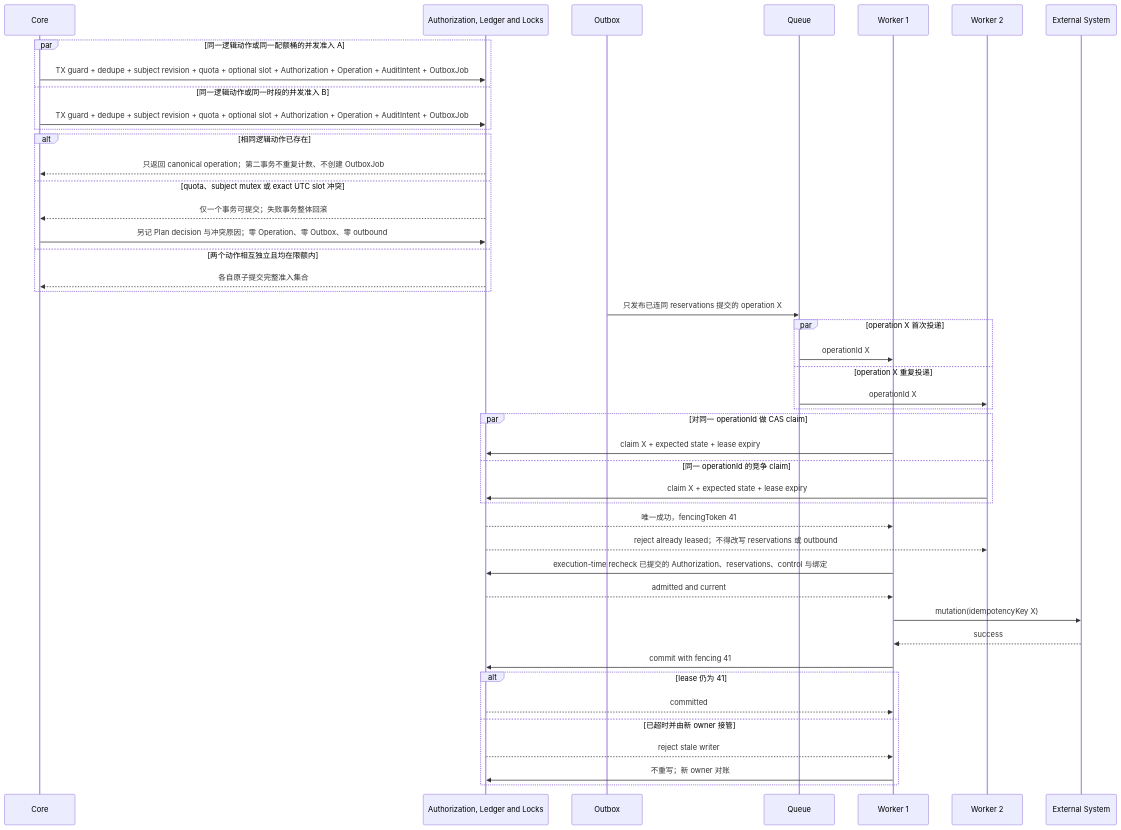
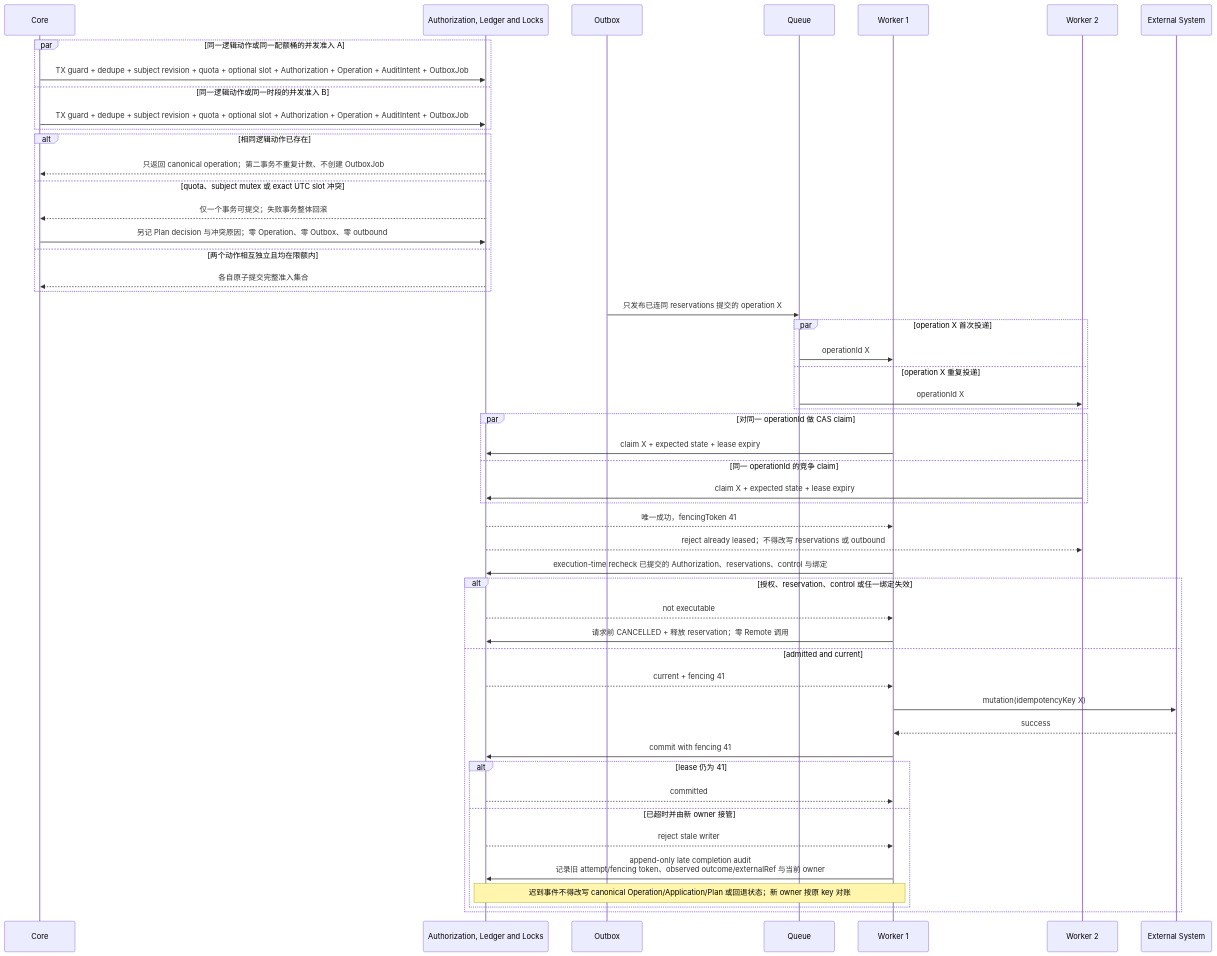
The eighth of 24 diagrams in docs/product/uml/05-sequence-flows.md (AnnCYW-cm/rolefox), drawn with Mermaid before and after one commit. The commit also changed other lines of this file and 22 other files, not shown here.

Commit message:
docs: accept v0.1 product and UML baseline

````diff
--- a/docs/product/uml/05-sequence-flows.md
+++ b/docs/product/uml/05-sequence-flows.md
@@ -395,54 +481,60 @@
 ```mermaid
 sequenceDiagram
     participant Core
     participant DB as Authorization, Ledger and Locks
     participant Outbox
     participant Queue
     participant W1 as Worker 1
     participant W2 as Worker 2
     participant Remote as External System
 
     %% @anchor DUPLICATE_AND_QUOTA_ATOMICITY
     %% @anchor ATOMIC_QUOTA_RESERVATION
     %% @anchor ATOMIC_SLOT_RESERVATION
     par 同一逻辑动作或同一配额桶的并发准入 A
         Core->>DB: TX guard + dedupe + subject revision + quota + optional slot + Authorization + Operation + AuditIntent + OutboxJob
     and 同一逻辑动作或同一时段的并发准入 B
         Core->>DB: TX guard + dedupe + subject revision + quota + optional slot + Authorization + Operation + AuditIntent + OutboxJob
     end
     alt 相同逻辑动作已存在
         DB-->>Core: 只返回 canonical operation；第二事务不重复计数、不创建 OutboxJob
     else quota、subject mutex 或 exact UTC slot 冲突
         DB-->>Core: 仅一个事务可提交；失败事务整体回滚
         Core->>DB: 另记 Plan decision 与冲突原因；零 Operation、零 Outbox、零 outbound
     else 两个动作相互独立且均在限额内
         DB-->>Core: 各自原子提交完整准入集合
     end
     Outbox->>Queue: 只发布已连同 reservations 提交的 operation X
 
     par operation X 首次投递
         Queue->>W1: operationId X
     and operation X 重复投递
         Queue->>W2: operationId X
     end
     %% @anchor DUPLICATE_LEASE_COLLAPSE
     par 对同一 operationId 做 CAS claim
         W1->>DB: claim X + expected state + lease expiry
     and 同一 operationId 的竞争 claim
         W2->>DB: claim X + expected state + lease expiry
     end
     DB-->>W1: 唯一成功，fencingToken 41
     DB-->>W2: reject already leased；不得改写 reservations 或 outbound
     W1->>DB: execution-time recheck 已提交的 Authorization、reservations、control 与绑定
-    DB-->>W1: admitted and current
-    W1->>Remote: mutation(idempotencyKey X)
-    Remote-->>W1: success
-    %% @anchor FENCING_REJECTS_STALE
-    W1->>DB: commit with fencing 41
-    alt lease 仍为 41
-        DB-->>W1: committed
-    else 已超时并由新 owner 接管
-        DB-->>W1: reject stale writer
-        W1->>DB: 不重写；新 owner 对账
+    alt 授权、reservation、control 或任一绑定失效
+        DB-->>W1: not executable
+        W1->>DB: 请求前 CANCELLED + 释放 reservation；零 Remote 调用
+    else admitted and current
+        DB-->>W1: current + fencing 41
+        W1->>Remote: mutation(idempotencyKey X)
+        Remote-->>W1: success
+        %% @anchor FENCING_REJECTS_STALE
+        W1->>DB: commit with fencing 41
+        alt lease 仍为 41
+            DB-->>W1: committed
+        else 已超时并由新 owner 接管
+            DB-->>W1: reject stale writer
+            W1->>DB: append-only late completion audit<br/>记录旧 attempt/fencing token、observed outcome/externalRef 与当前 owner
+            Note over W1,DB: 迟到事件不得改写 canonical Operation/Application/Plan 或回退状态；新 owner 按原 key 对账
+        end
     end
 ```
````
